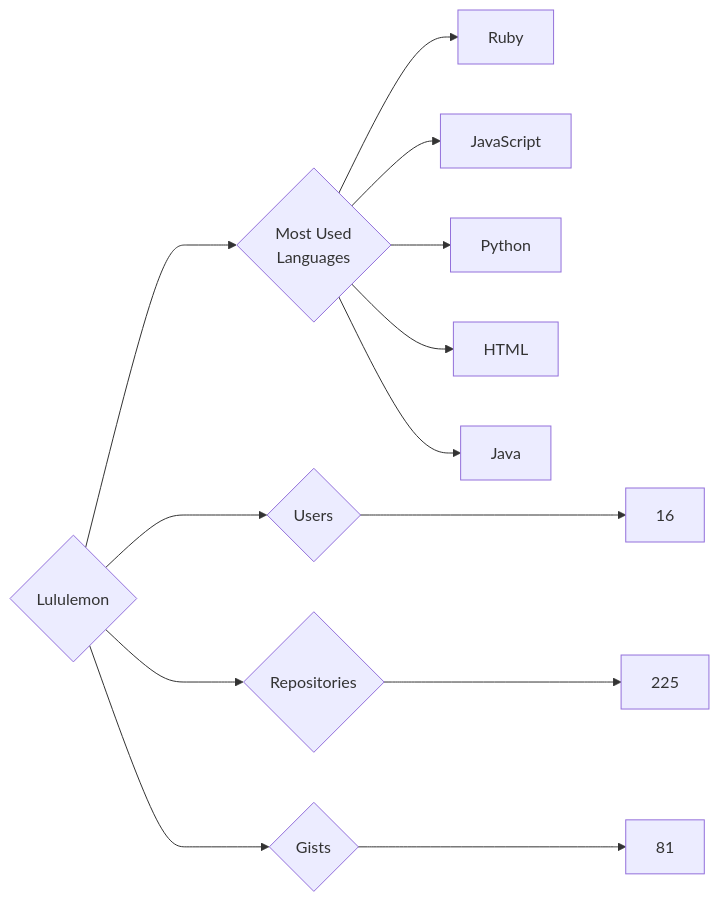
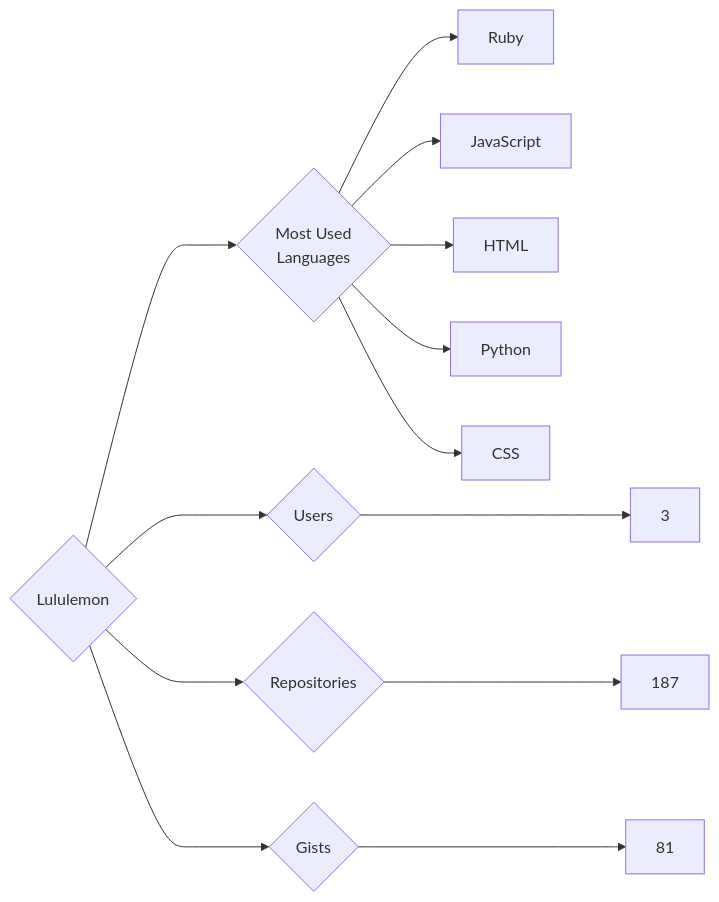
One commit to trickest/insiders changed the diagram in targets/Lululemon/README.md. Above: the diagram before and after it, drawn with Mermaid. The commit also changed 720 other files, not shown here.

````diff
--- a/targets/Lululemon/README.md
+++ b/targets/Lululemon/README.md
@@ -3,13 +3,13 @@
 ```mermaid
 graph LR
 COMPANY_NAME{Lululemon}
-COMPANY_NAME ---> U{Users} ---> UN[16]
-COMPANY_NAME ---> R{Repositories} ---> RN[225]
+COMPANY_NAME ---> U{Users} ---> UN[3]
+COMPANY_NAME ---> R{Repositories} ---> RN[187]
 COMPANY_NAME ---> G{Gists} ---> GN[81]
 COMPANY_NAME ---> ML{Most Used<br>Languages}
 ML --> Ruby[Ruby]
 ML --> JavaScript[JavaScript]
+ML --> HTML[HTML]
 ML --> Python[Python]
-ML --> HTML[HTML]
-ML --> Java[Java]
+ML --> CSS[CSS]
 ```
````
